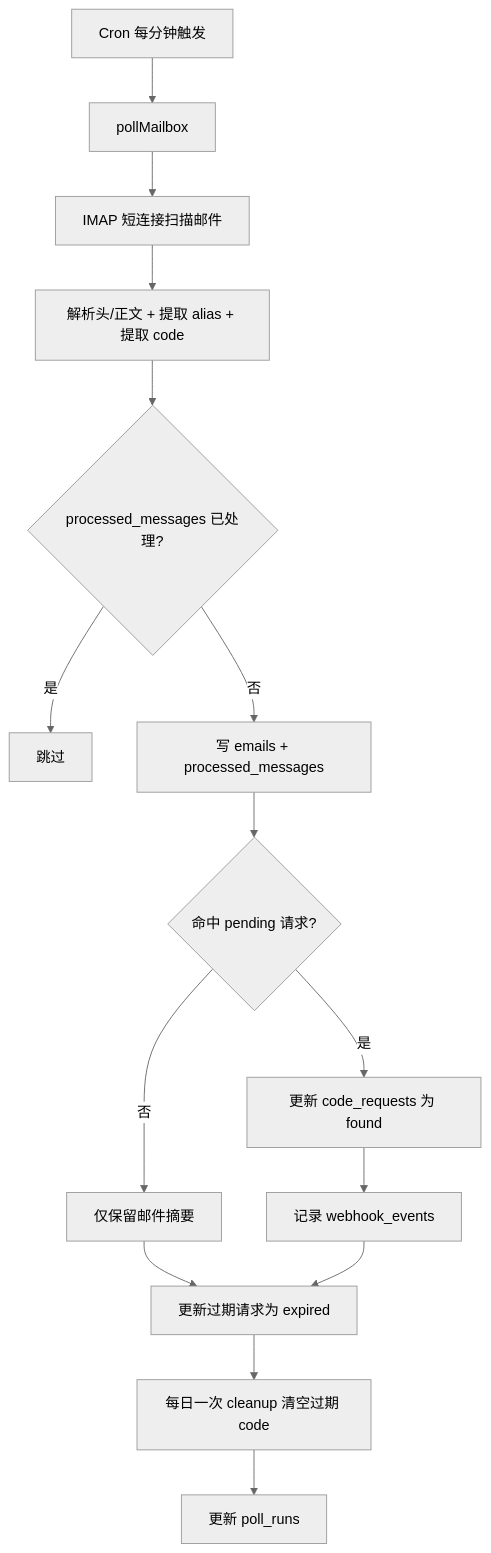
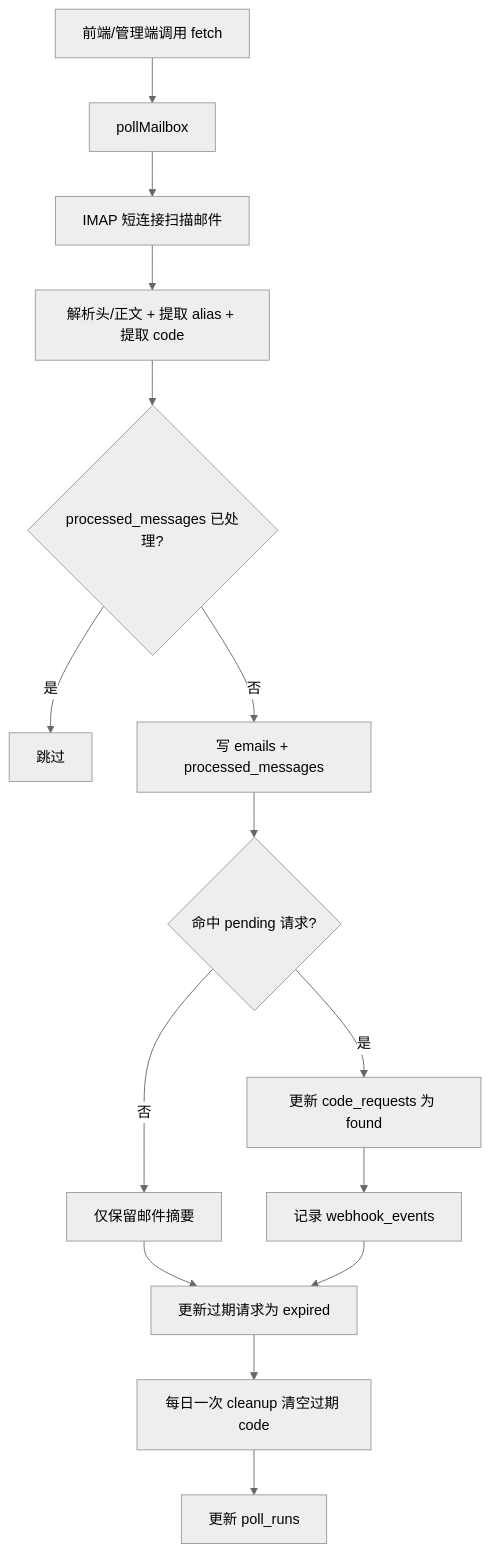
One commit to gxuge/imapflow changed the diagram in worker-mail-code/README.md. Above: the diagram before and after it, drawn with Mermaid (neutral theme). The commit also changed other lines of this file and 7 other files, not shown here.

````diff
--- a/worker-mail-code/README.md
+++ b/worker-mail-code/README.md
@@ -306,17 +306,17 @@
 ```mermaid
 flowchart TD
-  A[Cron 每分钟触发] --> B[pollMailbox]
+  A[前端/管理端调用 fetch] --> B[pollMailbox]
   B --> C[IMAP 短连接扫描邮件]
   C --> D[解析头/正文 + 提取 alias + 提取 code]
   D --> E{processed_messages 已处理?}
   E -- 是 --> F[跳过]
   E -- 否 --> G[写 emails + processed_messages]
   G --> H{命中 pending 请求?}
   H -- 是 --> I[更新 code_requests 为 found]
   H -- 否 --> J[仅保留邮件摘要]
   I --> K[记录 webhook_events]
   J --> L[更新过期请求为 expired]
   K --> L
   L --> M[每日一次 cleanup 清空过期 code]
   M --> N[更新 poll_runs]
 ```
````
